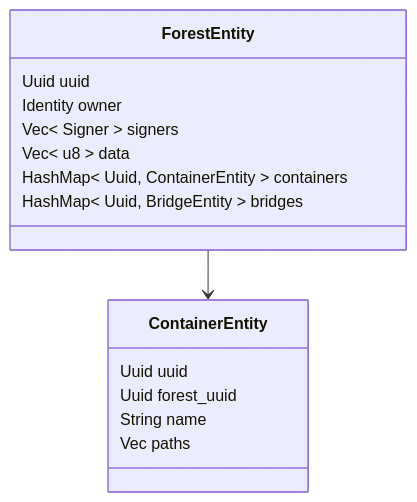
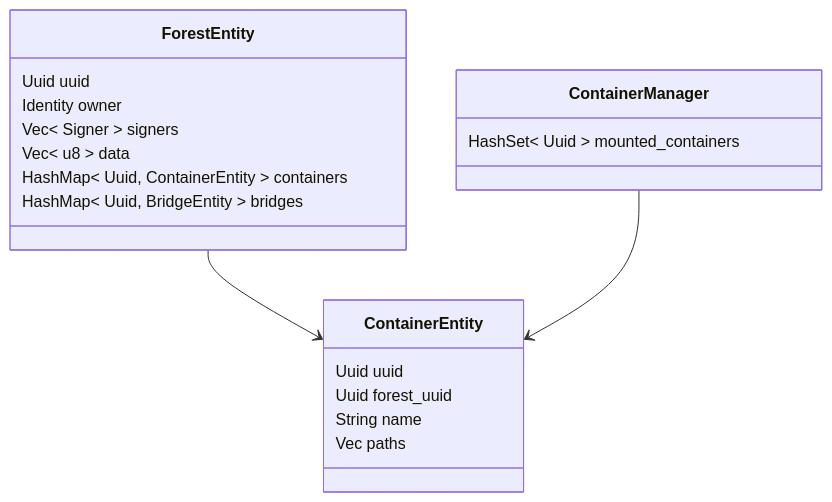
Before and after one commit to pbeza/wildland-core: the first of 2 diagrams in docs/architecture/forests_and_containers.md, drawn with Mermaid. The commit also changed other lines of this file, not shown here.

Commit message:
Add description of the CargoLib API for Forests and Containers

````diff
--- a/docs/architecture/forests_and_containers.md
+++ b/docs/architecture/forests_and_containers.md
@@ -16,15 +12,18 @@
 ```mermaid
 classDiagram
 ForestEntity --> ContainerEntity
+ContainerManager --> ContainerEntity
 ContainerEntity : Uuid uuid
 ContainerEntity : Uuid forest_uuid
 ContainerEntity : String name
 ContainerEntity : Vec<String> paths
 
 ForestEntity : Uuid uuid
 ForestEntity : Identity owner
 ForestEntity : Vec< Signer > signers
 ForestEntity : Vec< u8 > data
 ForestEntity : HashMap< Uuid, ContainerEntity > containers
 ForestEntity : HashMap< Uuid, BridgeEntity > bridges
+
+ContainerManager : HashSet< Uuid > mounted_containers
 ```
````
